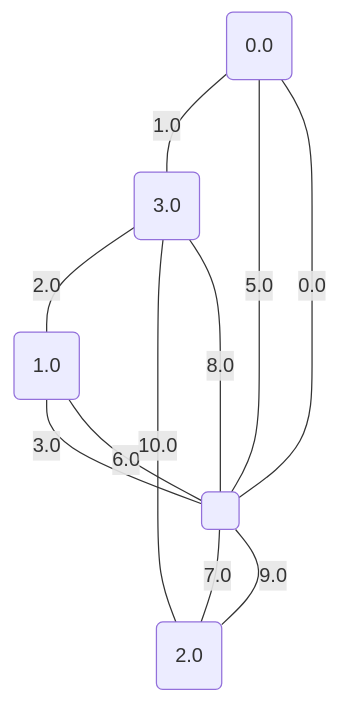
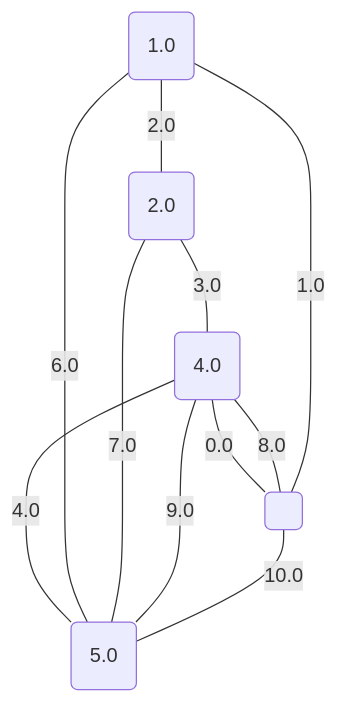
Diagram 11 of 17 in project/src/testing/minCutPetersen.md (metury/graphs), drawn with Mermaid before and after one commit. The commit also changed other lines of this file and 2 other files, not shown here.

````diff
--- a/project/src/testing/minCutPetersen.md
+++ b/project/src/testing/minCutPetersen.md
@@ -291,18 +291,18 @@
 ```mermaid
 graph TD;
-0("0.0");
-1("1.0");
-2("2.0");
-3("3.0");
+0("1.0");
+1("2.0");
+2("4.0");
+3("5.0");
 4(" ");
-	4 -- "0.0" --- 0;
-	0 -- "1.0" --- 3;
-	3 -- "2.0" --- 1;
-	1 -- "3.0" --- 4;
-	0 -- "5.0" --- 4;
-	1 -- "6.0" --- 4;
-	4 -- "7.0" --- 2;
-	4 -- "8.0" --- 3;
-	4 -- "9.0" --- 2;
-	3 -- "10.0" --- 2;
+	2 -- "0.0" --- 4;
+	4 -- "1.0" --- 0;
+	0 -- "2.0" --- 1;
+	1 -- "3.0" --- 2;
+	2 -- "4.0" --- 3;
+	0 -- "6.0" --- 3;
+	1 -- "7.0" --- 3;
+	2 -- "8.0" --- 4;
+	2 -- "9.0" --- 3;
+	4 -- "10.0" --- 3;
 ```
````
